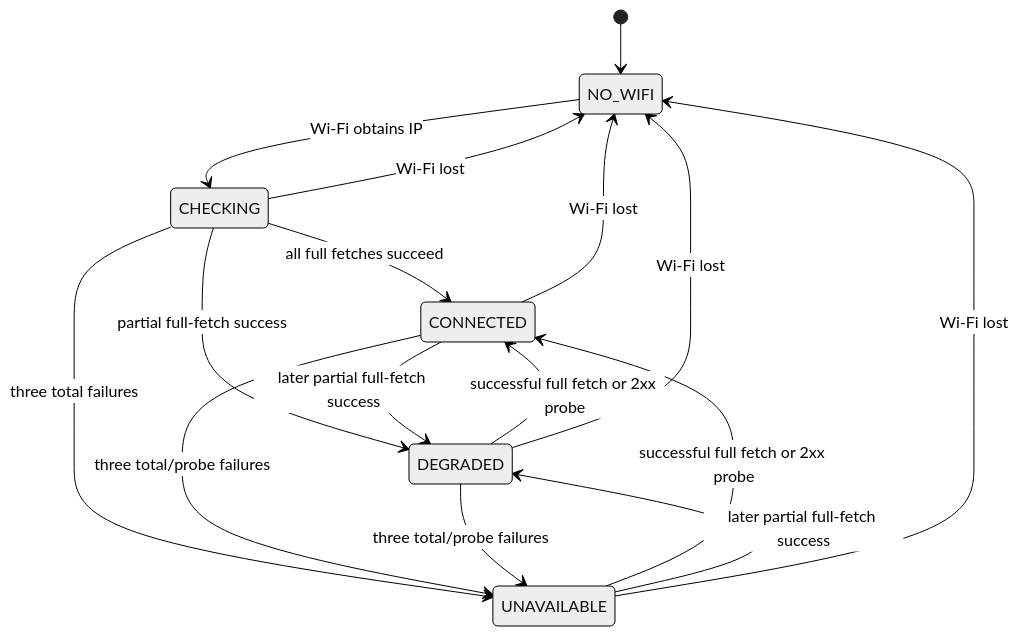
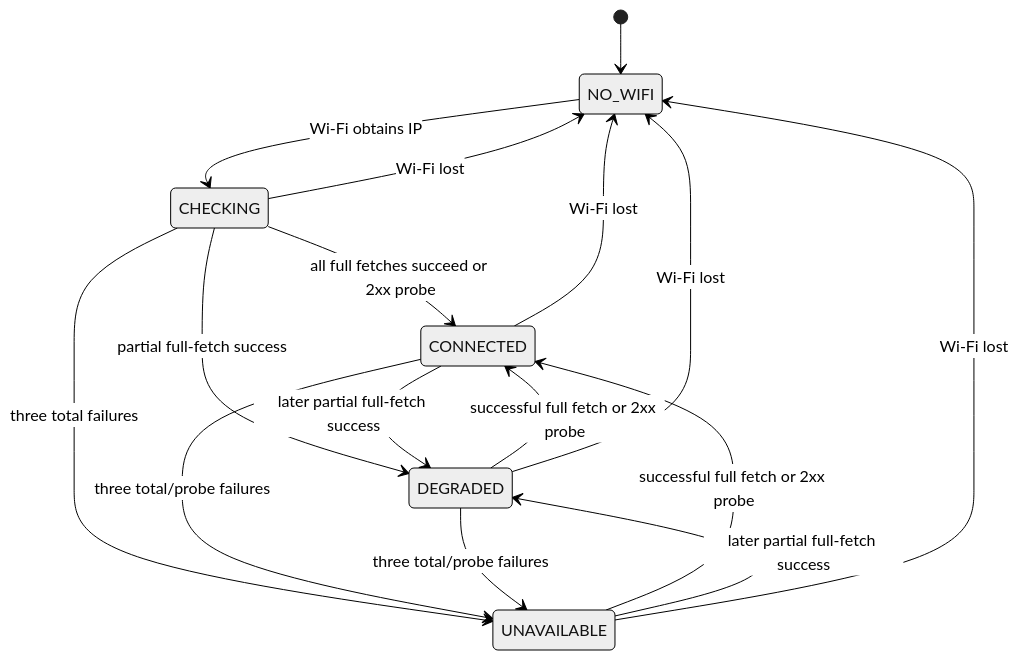
One commit to keseboleliasteliacom/14_LVGL_BTN changed the fourth of 5 diagrams in docs/connectivity.md. Above: the diagram before and after it, drawn with Mermaid (neutral theme). The commit also changed other lines of this file and 20 other files, not shown here.

````diff
--- a/docs/connectivity.md
+++ b/docs/connectivity.md
@@ -252,18 +259,18 @@
 ```mermaid
 stateDiagram-v2
     [*] --> NO_WIFI
     NO_WIFI --> CHECKING: Wi-Fi obtains IP
-    CHECKING --> CONNECTED: all full fetches succeed
+    CHECKING --> CONNECTED: all full fetches succeed or 2xx probe
     CHECKING --> DEGRADED: partial full-fetch success
     CHECKING --> UNAVAILABLE: three total failures
     CHECKING --> NO_WIFI: Wi-Fi lost
     CONNECTED --> DEGRADED: later partial full-fetch success
     DEGRADED --> CONNECTED: successful full fetch or 2xx probe
     CONNECTED --> UNAVAILABLE: three total/probe failures
     DEGRADED --> UNAVAILABLE: three total/probe failures
     UNAVAILABLE --> CONNECTED: successful full fetch or 2xx probe
     UNAVAILABLE --> DEGRADED: later partial full-fetch success
     CONNECTED --> NO_WIFI: Wi-Fi lost
     DEGRADED --> NO_WIFI: Wi-Fi lost
     UNAVAILABLE --> NO_WIFI: Wi-Fi lost
 ```
````
